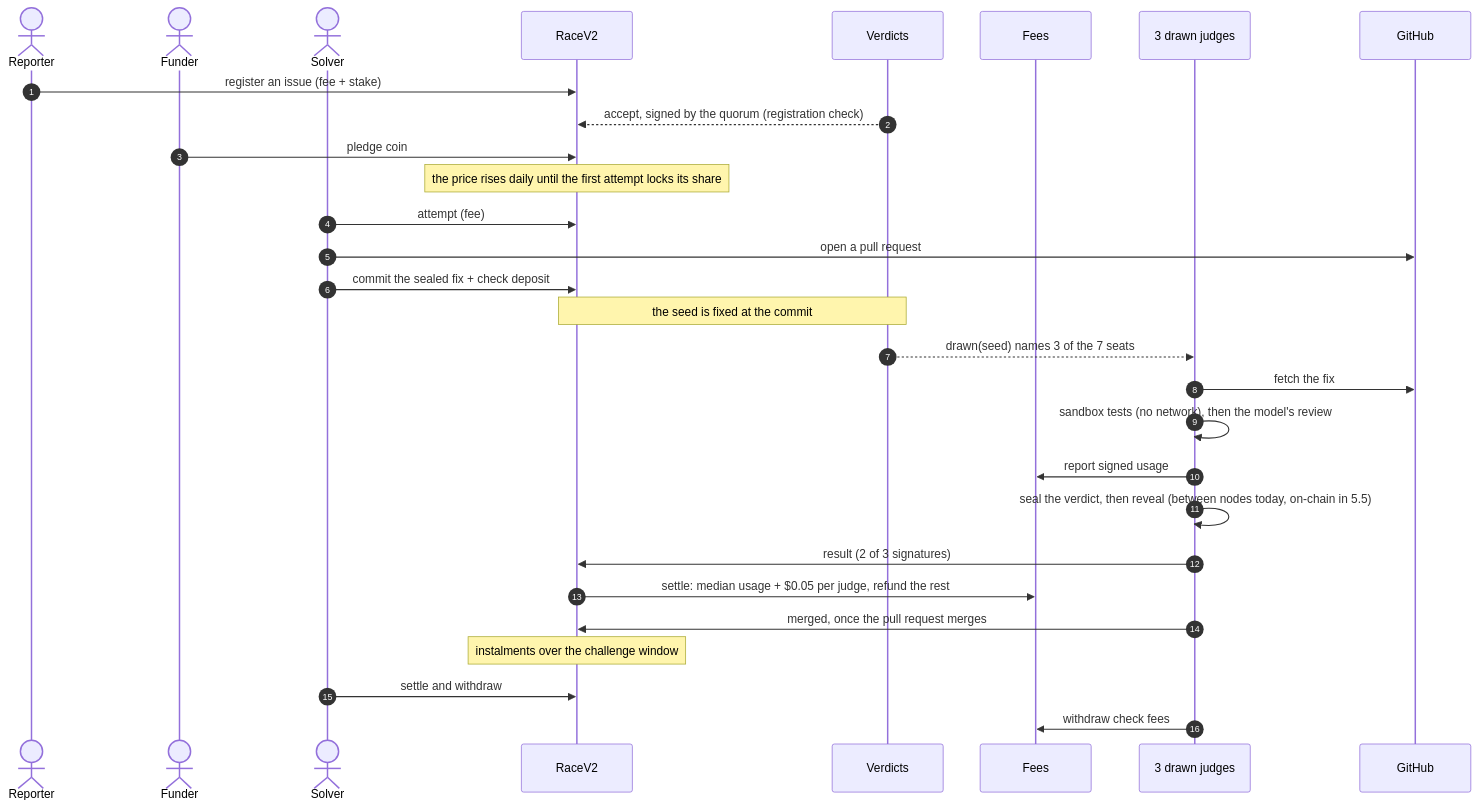
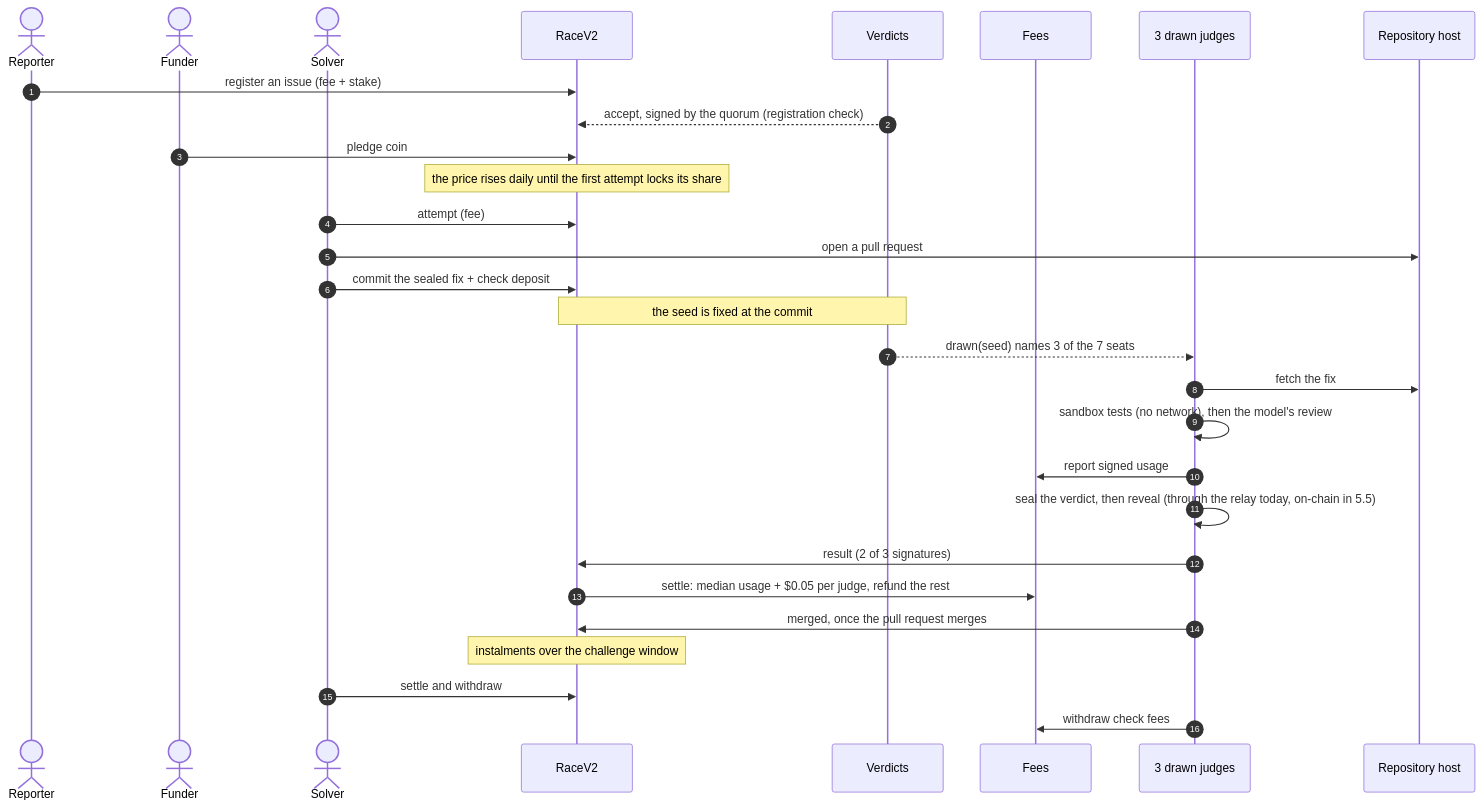
The third of 6 diagrams in README.md (JJBon/proof-of-fix), drawn with Mermaid before and after one commit. The commit also changed other lines of this file and 8 other files, not shown here.

````diff
--- a/README.md
+++ b/README.md
@@ -53,31 +103,31 @@
 ```mermaid
 sequenceDiagram
   autonumber
   actor Reporter
   actor Funder
   actor Solver
   participant Race as RaceV2
   participant Ver as Verdicts
   participant Fees as Fees
   participant J as 3 drawn judges
-  participant GH as GitHub
+  participant GH as Repository host
   Reporter->>Race: register an issue (fee + stake)
   Ver-->>Race: accept, signed by the quorum (registration check)
   Funder->>Race: pledge coin
   Note over Race: the price rises daily until the first attempt locks its share
   Solver->>Race: attempt (fee)
   Solver->>GH: open a pull request
   Solver->>Race: commit the sealed fix + check deposit
   Note over Race,Ver: the seed is fixed at the commit
   Ver-->>J: drawn(seed) names 3 of the 7 seats
   J->>GH: fetch the fix
   J->>J: sandbox tests (no network), then the model's review
   J->>Fees: report signed usage
-  J->>J: seal the verdict, then reveal (between nodes today, on-chain in 5.5)
+  J->>J: seal the verdict, then reveal (through the relay today, on-chain in 5.5)
   J->>Race: result (2 of 3 signatures)
   Race->>Fees: settle: median usage + $0.05 per judge, refund the rest
   J->>Race: merged, once the pull request merges
   Note over Race: instalments over the challenge window
   Solver->>Race: settle and withdraw
   J->>Fees: withdraw check fees
 ```
````
